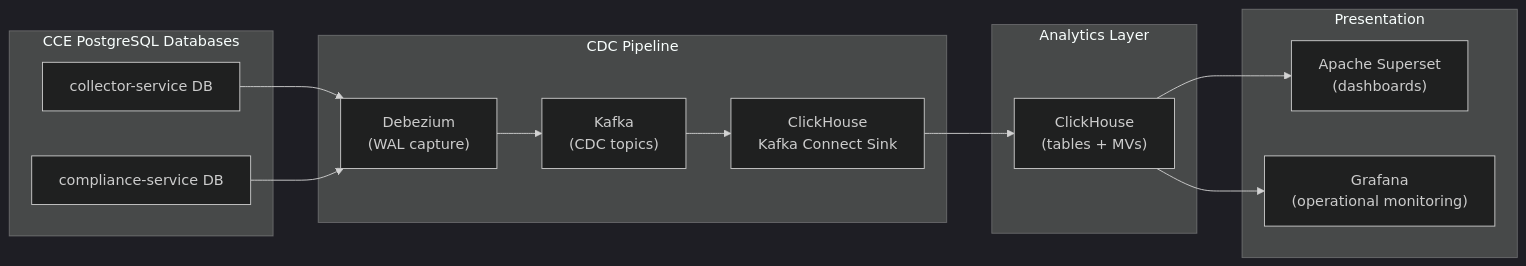
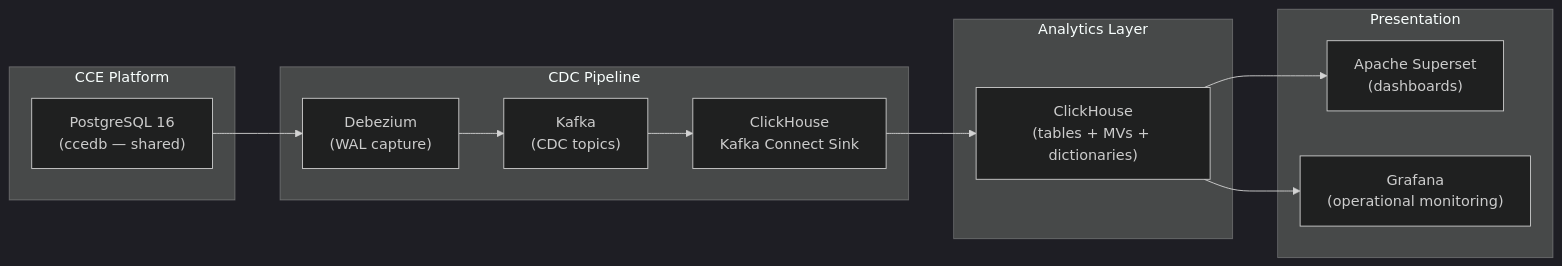
One commit to Jayaprakash8887/cce-data-pipeline changed the second of 2 diagrams in docs/architecture-overview.md. Above: the diagram before and after it, drawn with Mermaid (dark theme). The commit also changed other lines of this file and 9 other files, not shown here.

Commit message:
docs: update documentation for CDC architecture and ClickHouse integration, including table ownership and materialized views

````diff
--- a/docs/architecture-overview.md
+++ b/docs/architecture-overview.md
@@ -141,30 +145,28 @@
 ```mermaid
 flowchart LR
-    subgraph Sources["CCE PostgreSQL Databases"]
-        PG1["collector-service DB"]
-        PG2["compliance-service DB"]
+    subgraph Sources["CCE Platform"]
+        PG["PostgreSQL 16<br/>(ccedb — shared)"]
     end
 
     subgraph CDC["CDC Pipeline"]
         DEB["Debezium<br/>(WAL capture)"]
         KF["Kafka<br/>(CDC topics)"]
         SINK["ClickHouse<br/>Kafka Connect Sink"]
     end
 
     subgraph Analytics["Analytics Layer"]
-        CH["ClickHouse<br/>(tables + MVs)"]
+        CH["ClickHouse<br/>(tables + MVs + dictionaries)"]
     end
 
     subgraph Presentation
         S["Apache Superset<br/>(dashboards)"]
         G["Grafana<br/>(operational monitoring)"]
     end
 
-    PG1 --> DEB
-    PG2 --> DEB
+    PG --> DEB
     DEB --> KF
     KF --> SINK
     SINK --> CH
     CH --> S
     CH --> G
 ```
````
